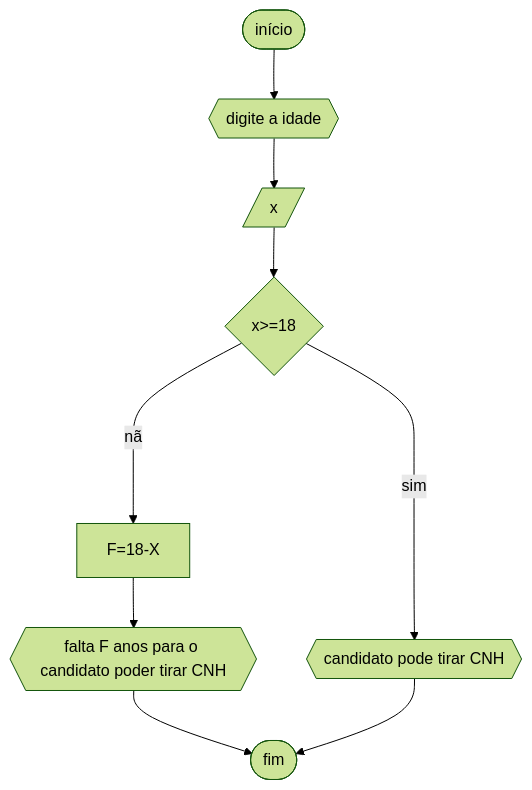
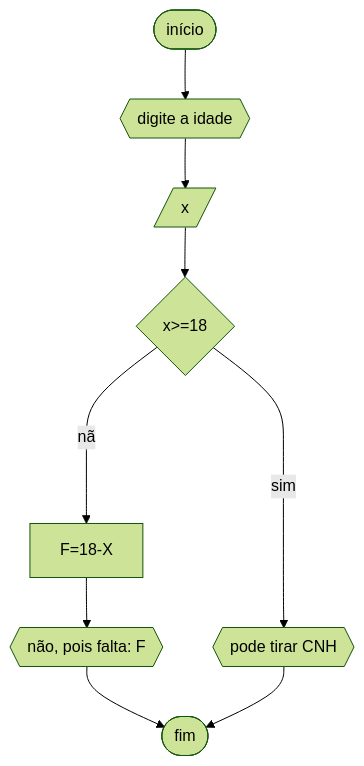
The fourth of 4 diagrams in RLA/lista_exercícios1.md (Loahine/Unifor_), drawn with Mermaid (forest theme) before and after one commit. The commit also changed other lines of this file, not shown here.

````diff
--- a/RLA/lista_exercícios1.md
+++ b/RLA/lista_exercícios1.md
@@ -97,11 +108,11 @@
 ```mermaid
 flowchart TD
 A([início])-->B{{"digite a idade"}}
 B-->C[/x/]
 C-->D{x>=18}
 D--não-->E[F=18-X]
-E-->F{{"falta F anos para o candidato poder tirar CNH"}}
-D--sim-->G{{"candidato pode tirar CNH"}}
+E-->F{{"não, pois falta: "F}}
+D--sim-->G{{"pode tirar CNH"}}
 F-->Z([fim])
 G-->Z([fim])
 ```
````
